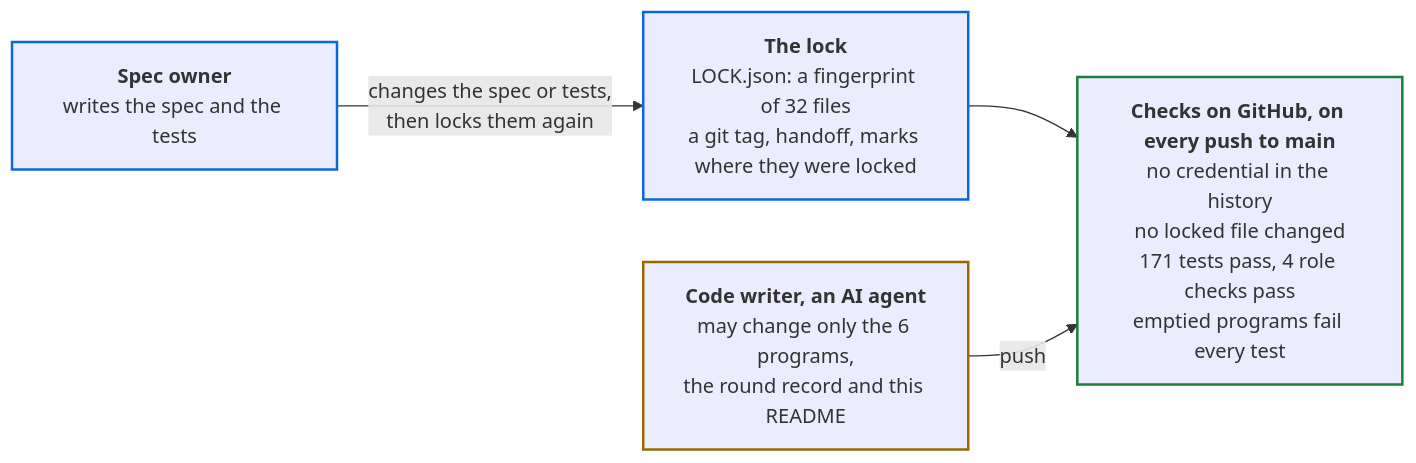
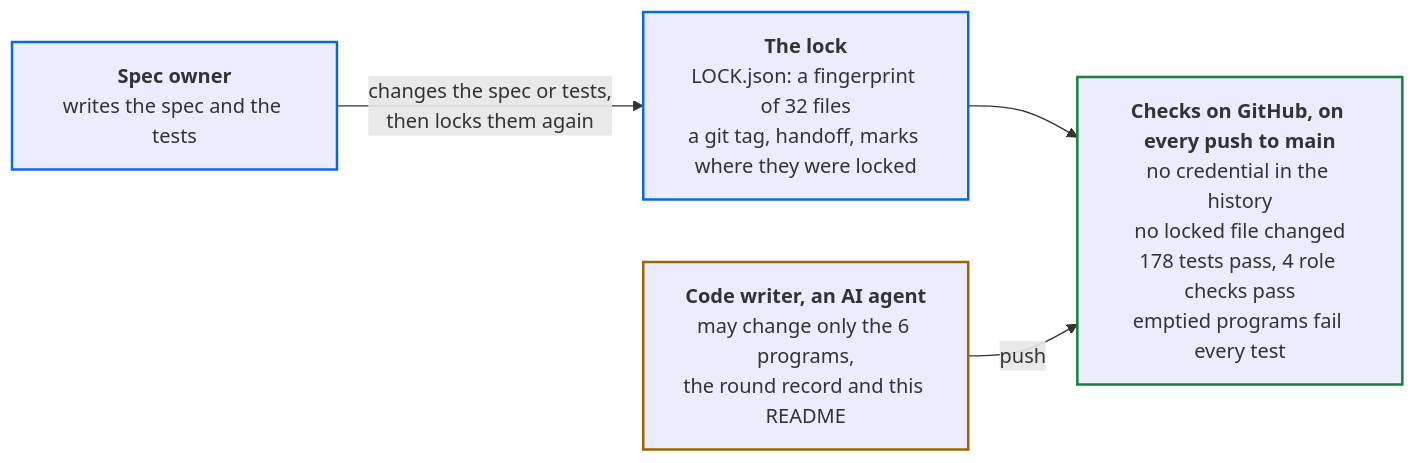
Before and after one commit to PaulDuvall/adlc-security-reviewer: the fourth of 4 diagrams in README.md, drawn with Mermaid. The commit also changed other lines of this file and 4 other files, not shown here.

````diff
--- a/README.md
+++ b/README.md
@@ -276,16 +277,16 @@
 ```mermaid
 flowchart LR
   so["<b>Spec owner</b><br/>writes the spec and the tests"]
   lock["<b>The lock</b><br/>LOCK.json: a fingerprint of 32 files<br/>a git tag, handoff, marks where they were locked"]
   cw["<b>Code writer, an AI agent</b><br/>may change only the 6 programs,<br/>the round record and this README"]
-  ci["<b>Checks on GitHub, on every push to main</b><br/>no credential in the history<br/>no locked file changed<br/>171 tests pass, 4 role checks pass<br/>emptied programs fail every test"]
+  ci["<b>Checks on GitHub, on every push to main</b><br/>no credential in the history<br/>no locked file changed<br/>178 tests pass, 4 role checks pass<br/>emptied programs fail every test"]
   so -->|"changes the spec or tests,<br/>then locks them again"| lock
   lock --> ci
   cw -->|"push"| ci
   classDef owner stroke:#0969da,stroke-width:2px
   classDef agent stroke:#9a6700,stroke-width:2px
   classDef gate stroke:#1a7f37,stroke-width:2px
   class so,lock owner
   class cw agent
   class ci gate
 ```
````
